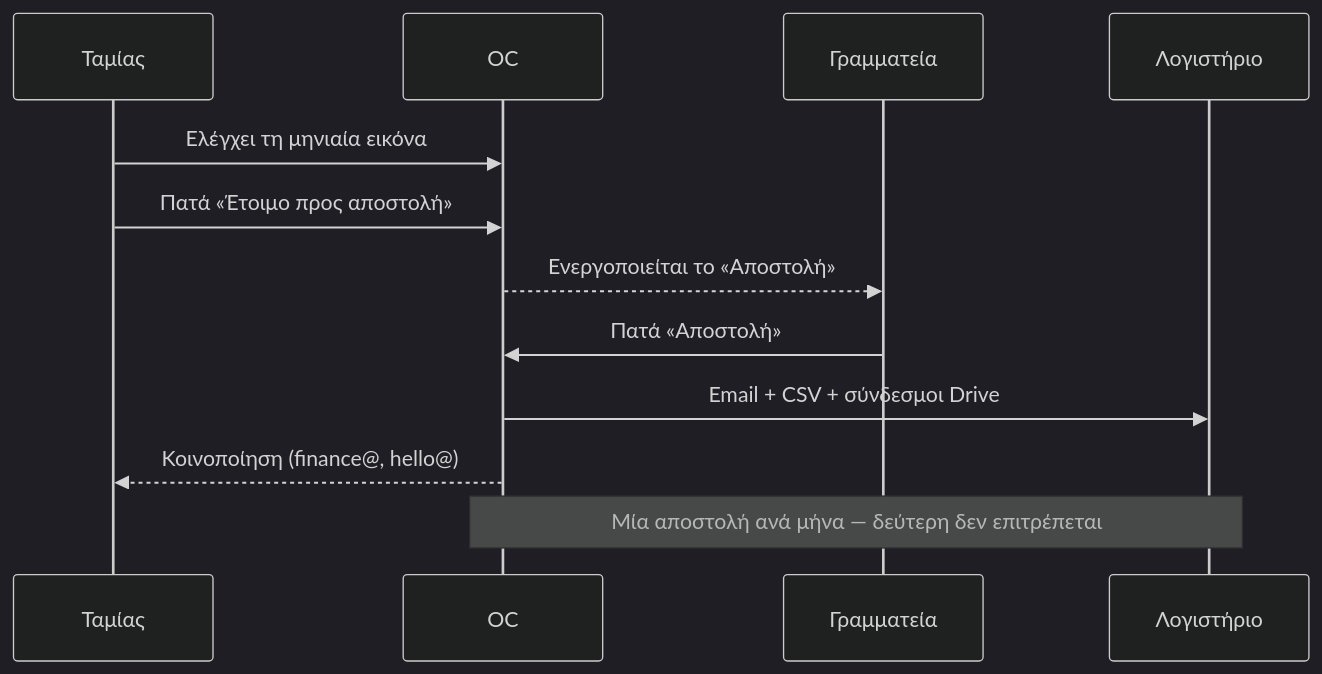
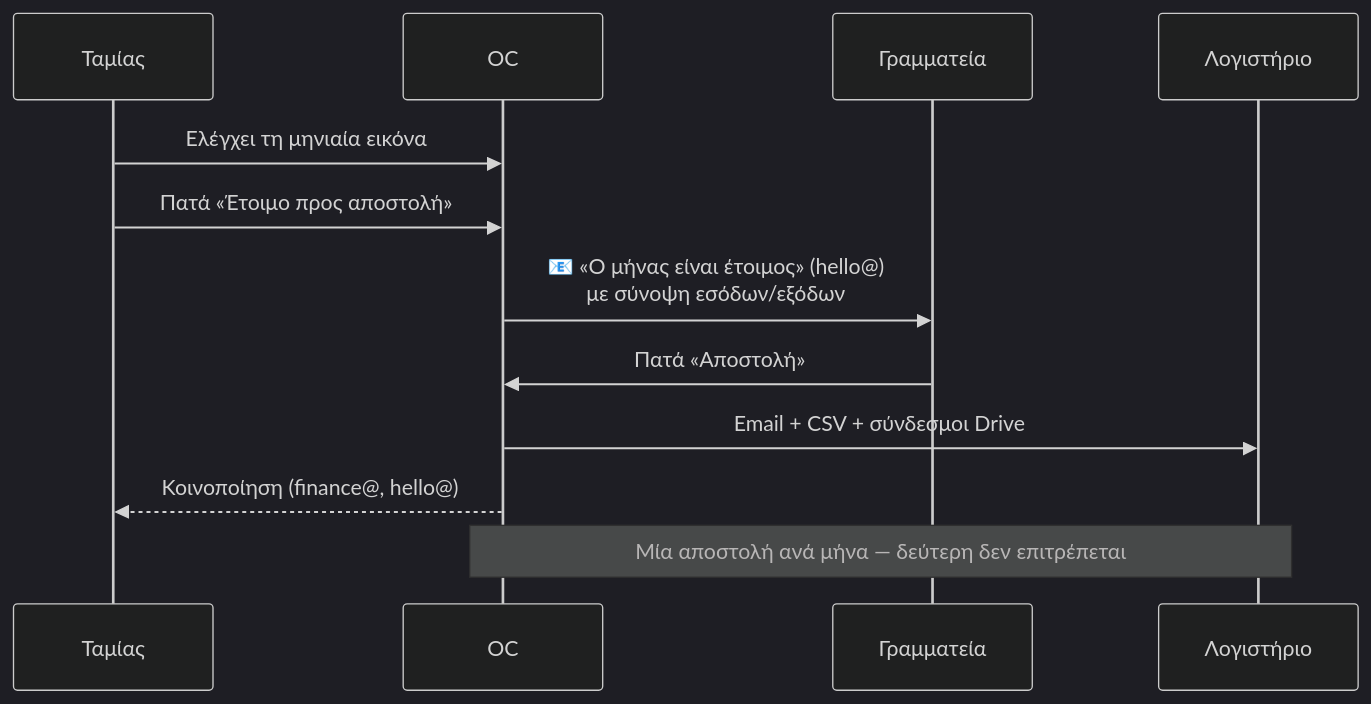
One commit to cforcadmin/CforC changed the fifth of 5 diagrams in docs/OC-Finance-Simple-Guide.md. Above: the diagram before and after it, drawn with Mermaid (dark theme). The commit also changed other lines of this file and 4 other files, not shown here.

First line of the commit message:
Κλείσιμο μήνα: email «Ο μήνας είναι έτοιμος» στη Διαχείριση όταν ο/η Ταμίας πατά Έτοιμο

````diff
--- a/docs/OC-Finance-Simple-Guide.md
+++ b/docs/OC-Finance-Simple-Guide.md
@@ -212,14 +212,14 @@
 ```mermaid
 sequenceDiagram
     participant T as Ταμίας
     participant OC as OC
     participant G as Γραμματεία
     participant L as Λογιστήριο
     T->>OC: Ελέγχει τη μηνιαία εικόνα
     T->>OC: Πατά «Έτοιμο προς αποστολή»
-    OC-->>G: Ενεργοποιείται το «Αποστολή»
+    OC->>G: 📧 «Ο μήνας είναι έτοιμος» (hello@)<br/>με σύνοψη εσόδων/εξόδων
     G->>OC: Πατά «Αποστολή»
     OC->>L: Email + CSV + σύνδεσμοι Drive
     OC-->>T: Κοινοποίηση (finance@, hello@)
     Note over OC,L: Μία αποστολή ανά μήνα — δεύτερη δεν επιτρέπεται
 ```
````
